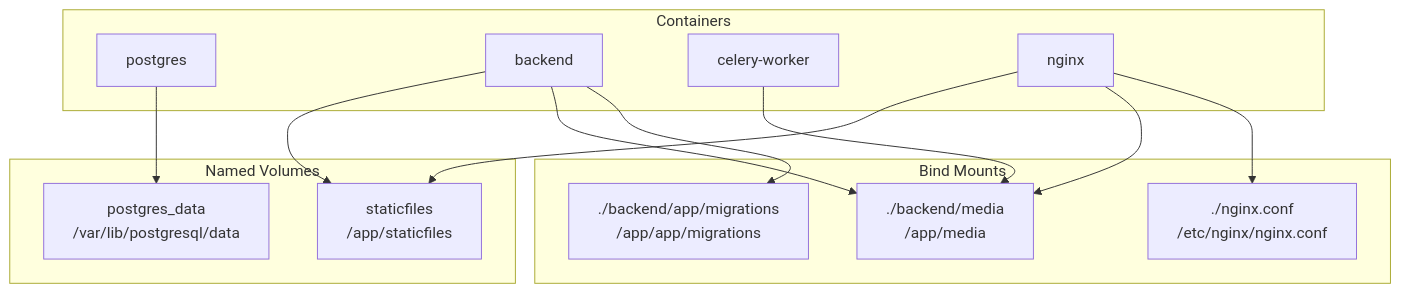
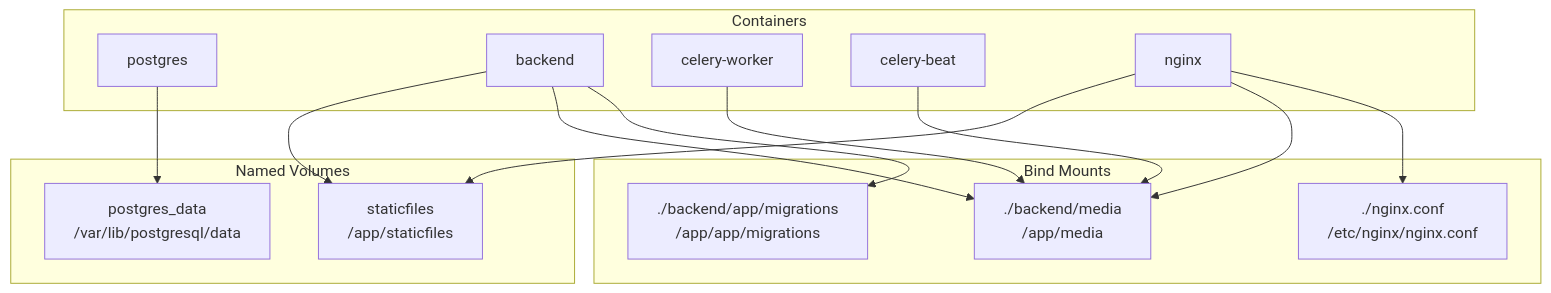
The fourth of 7 diagrams in docs/design/deployment-diagram.md (yukiharada1228/videoq), drawn with Mermaid before and after one commit. The commit also changed other lines of this file, not shown here.

First line of the commit message:
docs: deployment-diagramにcelery-beatサービスを追加

````diff
--- a/docs/design/deployment-diagram.md
+++ b/docs/design/deployment-diagram.md
@@ -132,29 +143,31 @@
 ```mermaid
 graph TB
     subgraph NamedVolumes["Named Volumes"]
         V1[postgres_data<br/>/var/lib/postgresql/data]
         V2[staticfiles<br/>/app/staticfiles]
     end
     
     subgraph BindMounts["Bind Mounts"]
         V3[./backend/media<br/>/app/media]
         V4[./backend/app/migrations<br/>/app/app/migrations]
         V5[./nginx.conf<br/>/etc/nginx/nginx.conf]
     end
     
     subgraph Containers["Containers"]
         C1[postgres]
         C2[backend]
         C3[celery-worker]
-        C4[nginx]
+        C4[celery-beat]
+        C5[nginx]
     end
     
     C1 --> V1
     C2 --> V2
     C2 --> V3
     C2 --> V4
     C3 --> V3
-    C4 --> V2
     C4 --> V3
-    C4 --> V5
+    C5 --> V2
+    C5 --> V3
+    C5 --> V5
 ```
````
